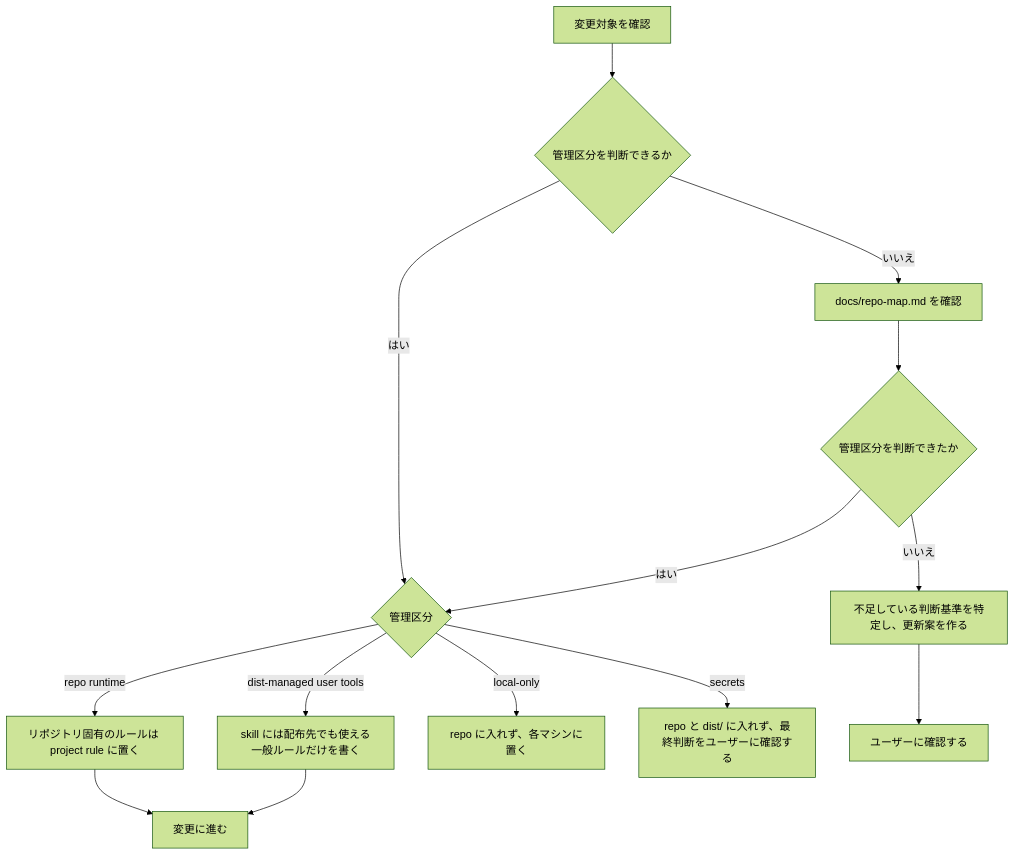
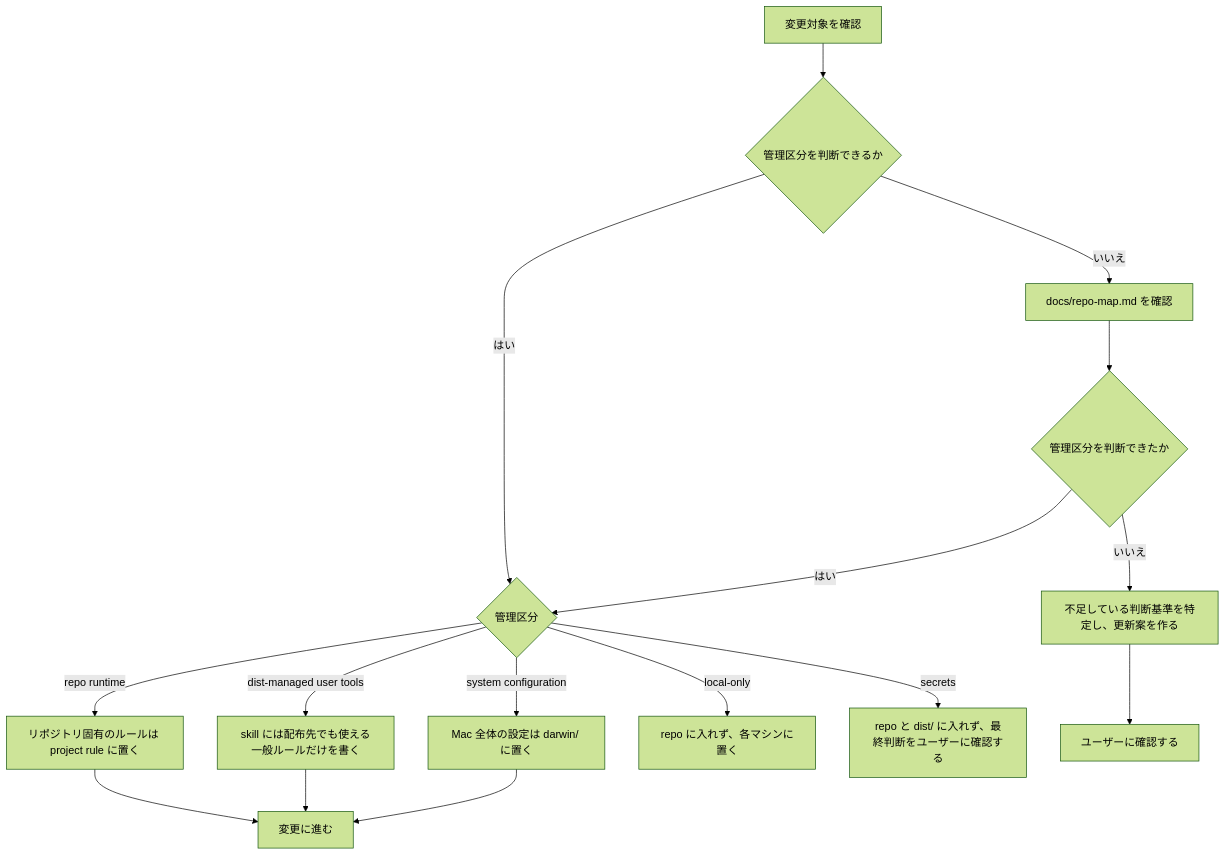
The first of 2 diagrams in docs/operations.md (9sako6/dotfiles), drawn with Mermaid (forest theme) before and after one commit. The commit also changed other lines of this file and 4 other files, not shown here.

First line of the commit message:
fix: align the system configuration workflow

````diff
--- a/docs/operations.md
+++ b/docs/operations.md
@@ -9,16 +9,18 @@
 ```mermaid
 flowchart TD
     start["変更対象を確認"] --> known{"管理区分を判断できるか"}
     known -->|"はい"| boundary{"管理区分"}
     known -->|"いいえ"| map["docs/repo-map.md を確認"]
     map --> resolved{"管理区分を判断できたか"}
     resolved -->|"はい"| boundary
     resolved -->|"いいえ"| proposal["不足している判断基準を特定し、更新案を作る"]
     proposal --> ask["ユーザーに確認する"]
     boundary -->|"repo runtime"| repo["リポジトリ固有のルールは project rule に置く"]
     boundary -->|"dist-managed user tools"| dist["skill には配布先でも使える一般ルールだけを書く"]
+    boundary -->|"system configuration"| system["Mac 全体の設定は darwin/ に置く"]
     boundary -->|"local-only"| local["repo に入れず、各マシンに置く"]
     boundary -->|"secrets"| secrets["repo と dist/ に入れず、最終判断をユーザーに確認する"]
     repo --> change["変更に進む"]
     dist --> change
+    system --> change
 ```
````
